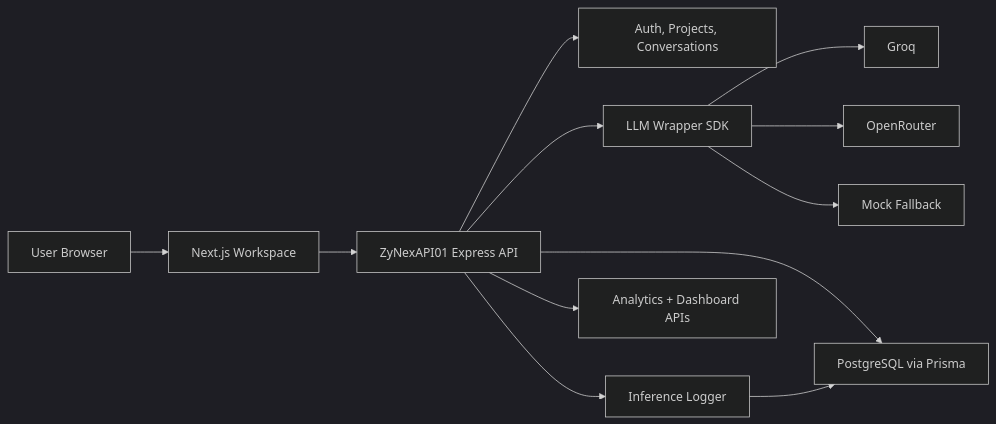
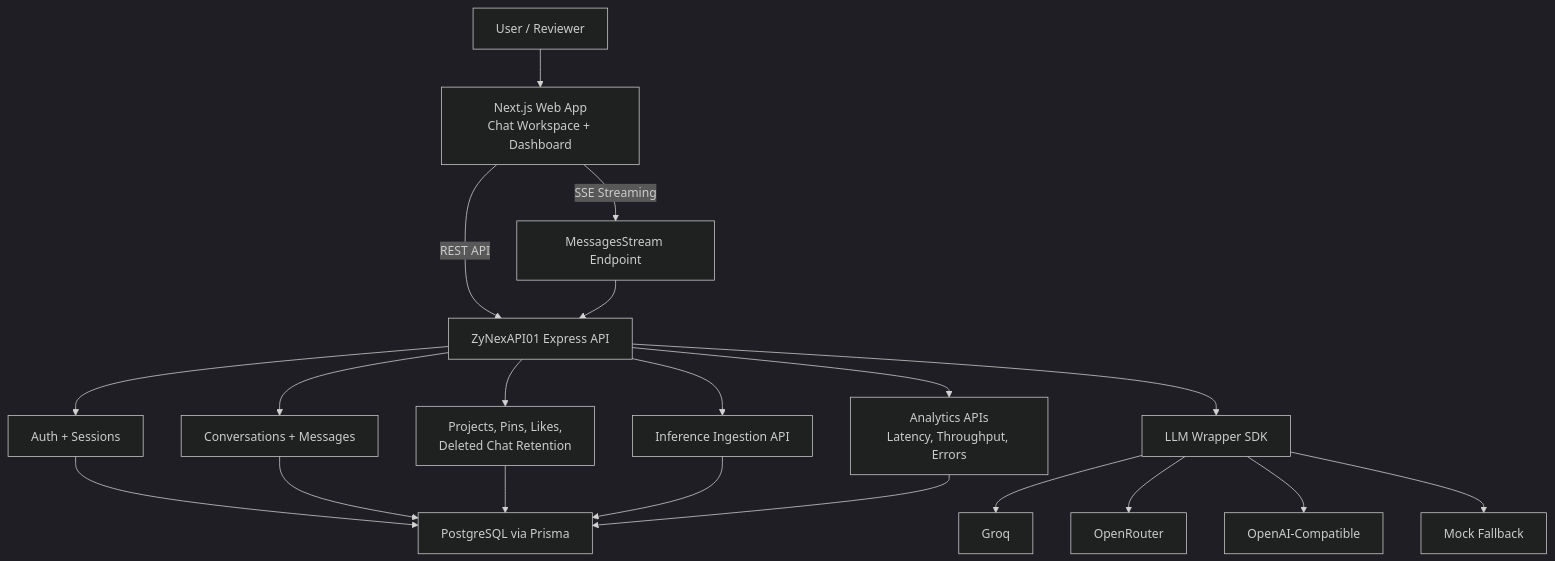
The first of 3 diagrams in README.md (Zyfrr/Zynex), drawn with Mermaid (dark theme) before and after one commit. The commit also changed other lines of this file and 1 other file, not shown here.

Commit message:
Unify README and architecture documentation

````diff
--- a/README.md
+++ b/README.md
@@ -86,14 +67,25 @@
 ```mermaid
-flowchart LR
-  User["User Browser"] --> Web["Next.js Workspace"]
-  Web --> API["ZyNexAPI01 Express API"]
-  API --> Auth["Auth, Projects, Conversations"]
+flowchart TB
+  User["User / Reviewer"] --> Web["Next.js Web App\nChat Workspace + Dashboard"]
+  Web -->|REST API| API["ZyNexAPI01 Express API"]
+  Web -->|SSE Streaming| Stream["MessagesStream Endpoint"]
+  Stream --> API
+
+  API --> Auth["Auth + Sessions"]
+  API --> Chat["Conversations + Messages"]
+  API --> Projects["Projects, Pins, Likes,\nDeleted Chat Retention"]
   API --> Wrapper["LLM Wrapper SDK"]
+  API --> Ingestion["Inference Ingestion API"]
+  API --> Analytics["Analytics APIs\nLatency, Throughput, Errors"]
+
   Wrapper --> Groq["Groq"]
   Wrapper --> OpenRouter["OpenRouter"]
+  Wrapper --> OpenAI["OpenAI-Compatible"]
   Wrapper --> Mock["Mock Fallback"]
-  API --> DB["PostgreSQL via Prisma"]
-  API --> Logs["Inference Logger"]
-  Logs --> DB
-  API --> Dashboard["Analytics + Dashboard APIs"]
+
+  Auth --> DB["PostgreSQL via Prisma"]
+  Chat --> DB
+  Projects --> DB
+  Ingestion --> DB
+  Analytics --> DB
 ```
````
